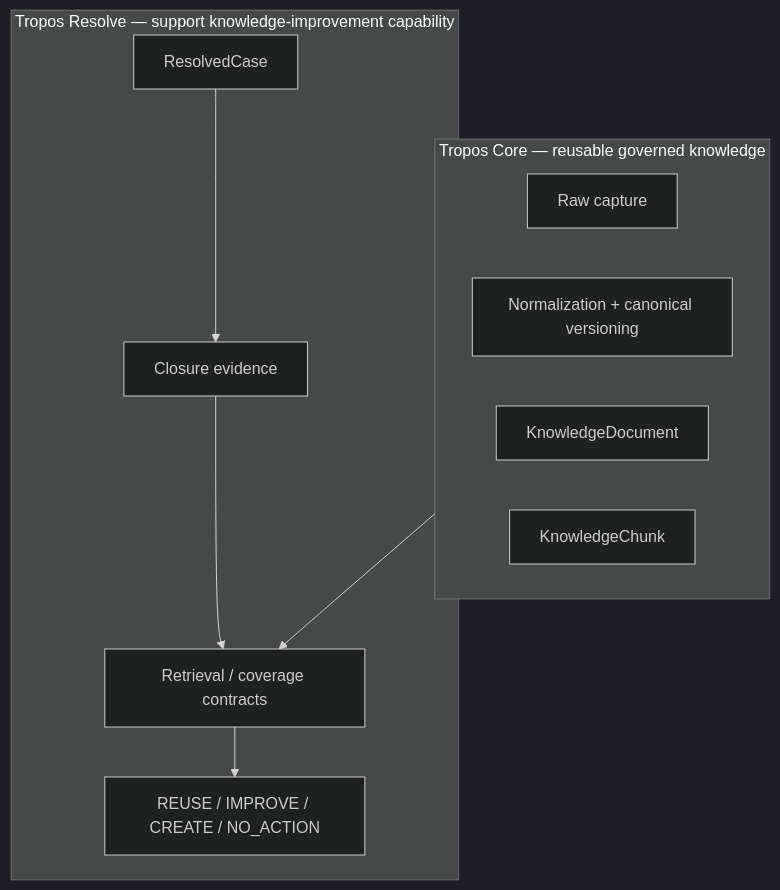
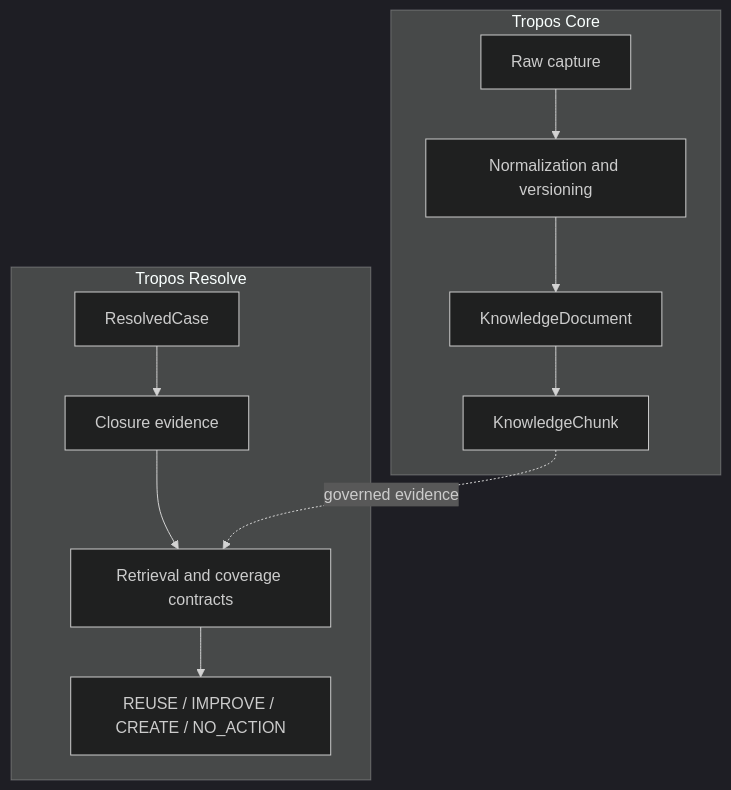
Before and after one commit to kumarchandansingh/tropos: the first of 3 diagrams in docs/architecture/ARCHITECTURE_OVERVIEW.md, drawn with Mermaid (dark theme). The commit also changed other lines of this file and 13 other files, not shown here.

````diff
--- a/docs/architecture/ARCHITECTURE_OVERVIEW.md
+++ b/docs/architecture/ARCHITECTURE_OVERVIEW.md
@@ -11,19 +7,20 @@
 ```mermaid
 flowchart TB
-    subgraph Core[Tropos Core — reusable governed knowledge]
+    subgraph Core[Tropos Core]
       Raw[Raw capture]
-      Norm[Normalization + canonical versioning]
+      Norm[Normalization and versioning]
       Doc[KnowledgeDocument]
       Chunk[KnowledgeChunk]
+      Raw --> Norm --> Doc --> Chunk
     end
 
-    subgraph Resolve[Tropos Resolve — support knowledge-improvement capability]
+    subgraph Resolve[Tropos Resolve]
       Case[ResolvedCase]
       Closure[Closure evidence]
-      Retrieval[Retrieval / coverage contracts]
+      Retrieval[Retrieval and coverage contracts]
       Action[REUSE / IMPROVE / CREATE / NO_ACTION]
+      Case --> Closure --> Retrieval --> Action
     end
 
-    Core --> Retrieval
-    Case --> Closure --> Retrieval --> Action
+    Chunk -. governed evidence .-> Retrieval
 ```
````
